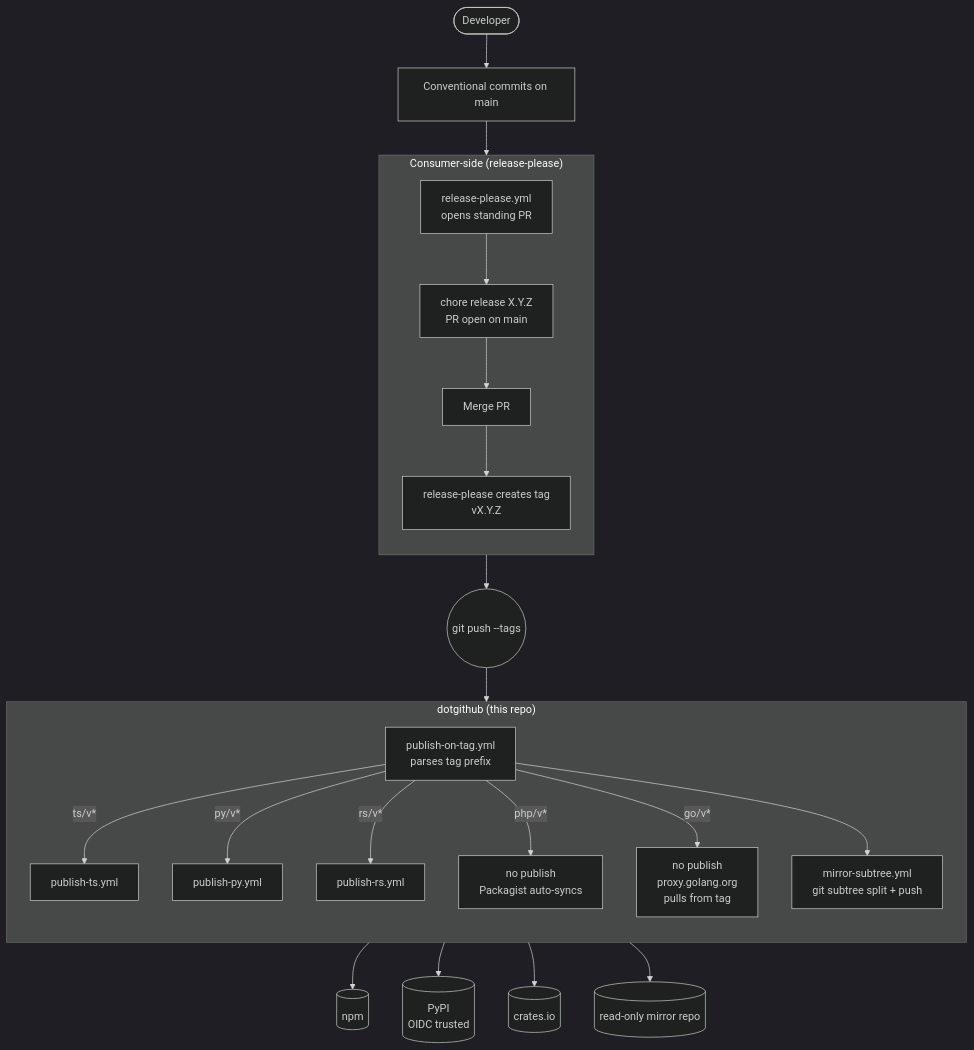
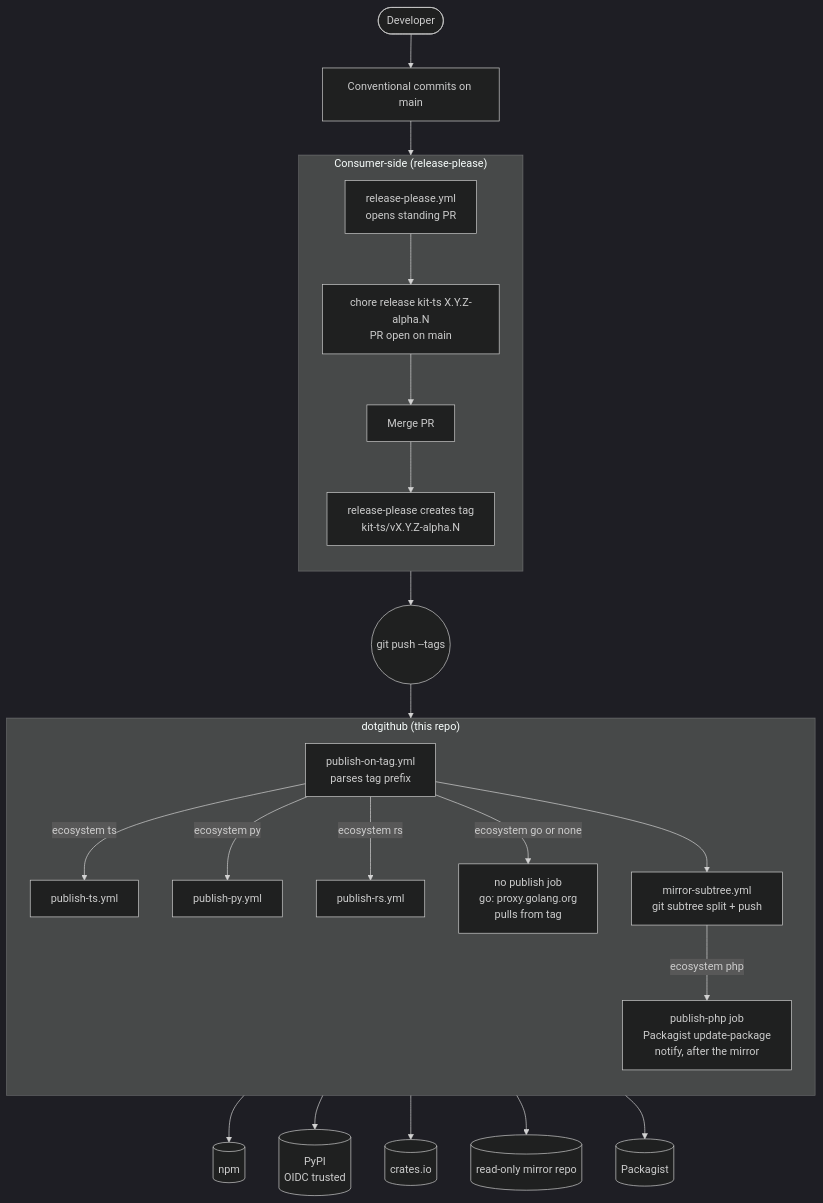
One commit to hop-top/.github changed the first of 4 diagrams in docs/architecture.md. Above: the diagram before and after it, drawn with Mermaid (dark theme). The commit also changed other lines of this file and 4 other files, not shown here.

First line of the commit message:
docs(architecture): publish-php, release-bot secrets, @v0, serial mirror

````diff
--- a/docs/architecture.md
+++ b/docs/architecture.md
@@ -26,38 +26,39 @@
 ```mermaid
 flowchart TB
     Dev([Developer])
     Commits[Conventional commits on main]
     Dev --> Commits
 
     subgraph ReleasePleaseScope ["Consumer-side (release-please)"]
         direction TB
         RP[release-please.yml<br/>opens standing PR]
-        PR[chore release X.Y.Z<br/>PR open on main]
+        PR[chore release kit-ts X.Y.Z-alpha.N<br/>PR open on main]
         Merge[Merge PR]
-        Tag[release-please creates tag<br/>vX.Y.Z]
+        Tag[release-please creates tag<br/>kit-ts/vX.Y.Z-alpha.N]
         RP --> PR --> Merge --> Tag
     end
 
     Commits --> RP
 
     Push((git push --tags))
     Tag --> Push
 
     subgraph DotGithubScope ["dotgithub (this repo)"]
         direction TB
         Router[publish-on-tag.yml<br/>parses tag prefix]
-        Router -->|ts/v*| PubTS[publish-ts.yml]
-        Router -->|py/v*| PubPY[publish-py.yml]
-        Router -->|rs/v*| PubRS[publish-rs.yml]
-        Router -->|php/v*| NoOp1[no publish<br/>Packagist auto-syncs]
-        Router -->|go/v*| NoOp2[no publish<br/>proxy.golang.org<br/>pulls from tag]
+        Router -->|ecosystem ts| PubTS[publish-ts.yml]
+        Router -->|ecosystem py| PubPY[publish-py.yml]
+        Router -->|ecosystem rs| PubRS[publish-rs.yml]
+        Router -->|ecosystem go or none| NoOp2[no publish job<br/>go: proxy.golang.org<br/>pulls from tag]
         Router --> Mirror[mirror-subtree.yml<br/>git subtree split + push]
+        Mirror -->|ecosystem php| PubPHP[publish-php job<br/>Packagist update-package<br/>notify, after the mirror]
     end
 
     Push --> Router
 
     PubTS --> NPM[(npm)]
     PubPY --> PyPI[(PyPI<br/>OIDC trusted)]
     PubRS --> Crates[(crates.io)]
     Mirror --> MirrorRepo[(read-only mirror repo)]
+    PubPHP --> Packagist[(Packagist)]
 ```
````
